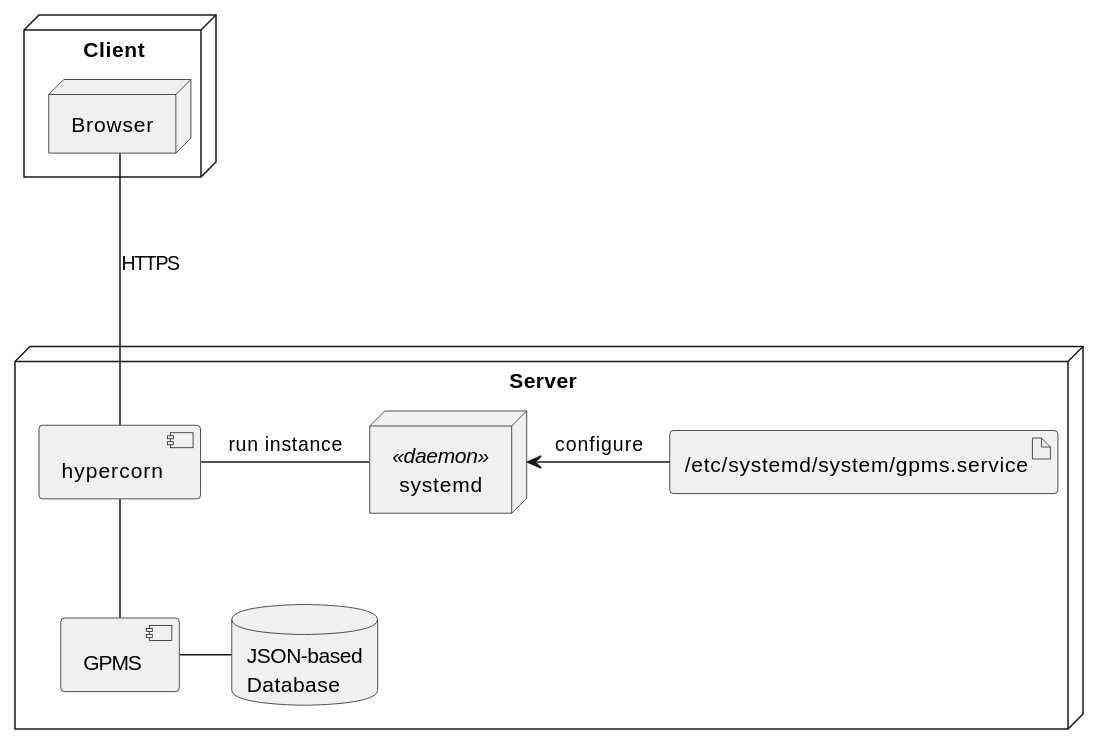
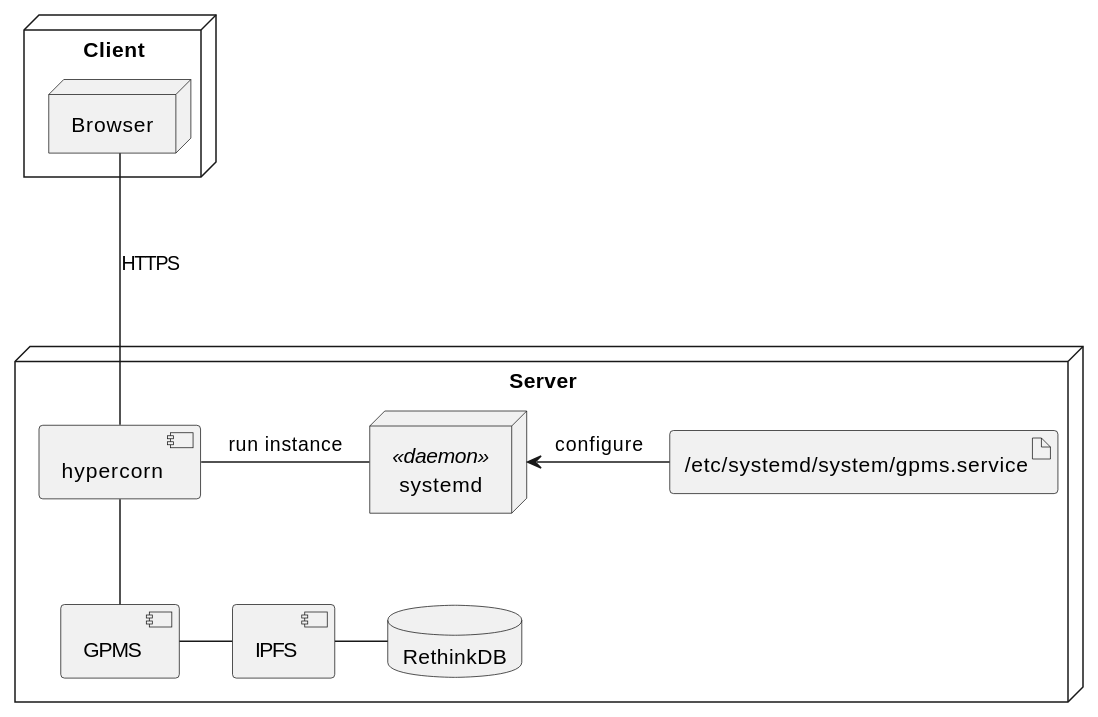
The first of 2 diagrams in docs/source/solution/distribution.rst (Huy-Ngo/acanban), drawn with PlantUML before and after one commit. The commit also changed other lines of this file, not shown here.

Commit message:
Update deployment diagram with implementation mechanism

```diff
--- a/docs/source/solution/distribution.rst
+++ b/docs/source/solution/distribution.rst
@@ -7,19 +7,21 @@
 .. uml::
 
    node Client {
       node Browser
    }
 
    node Server {
-      database "JSON-based\nDatabase" as db
+      database "RethinkDB" as db
       artifact "/etc/systemd/system/gpms.service" as systemd_conf
       component GPMS as gpms
       component hypercorn
       node systemd <<daemon>>
+      component IPFS
    }
 
    Browser --- hypercorn: HTTPS
    hypercorn - systemd: run instance
    systemd <- systemd_conf: configure
    hypercorn -- gpms
-   gpms - db
+   gpms - IPFS
+   IPFS - db
```
